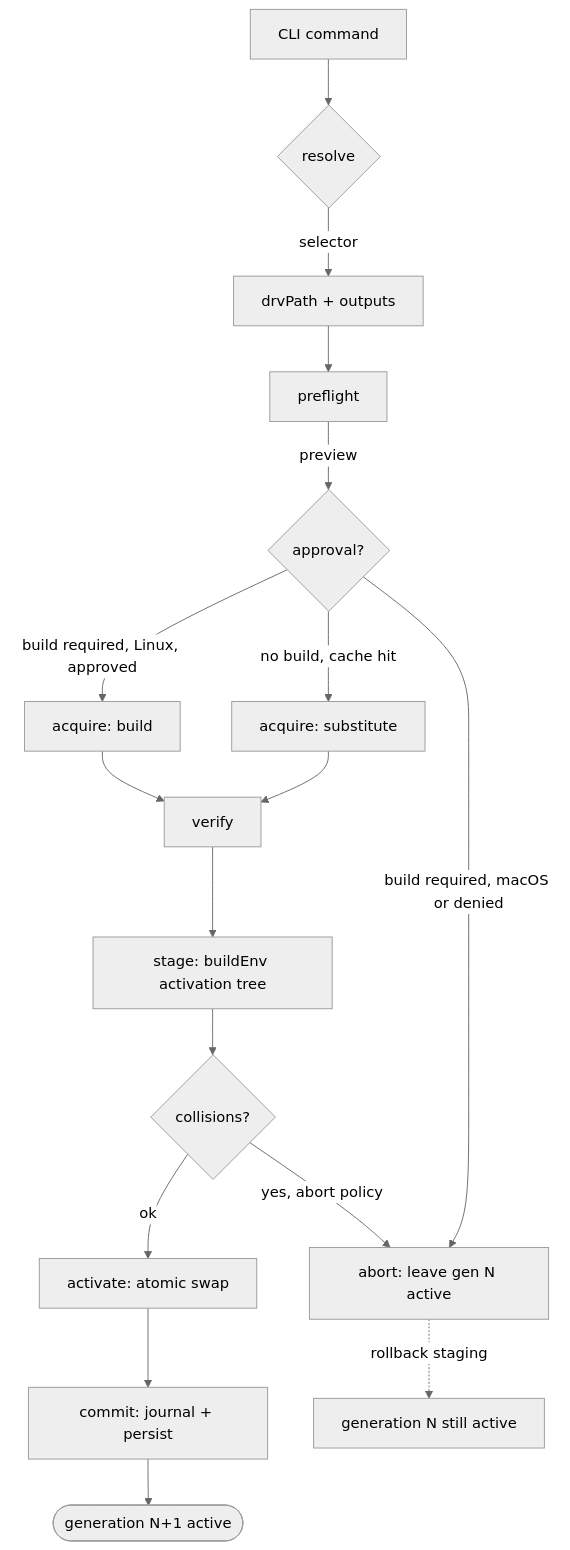
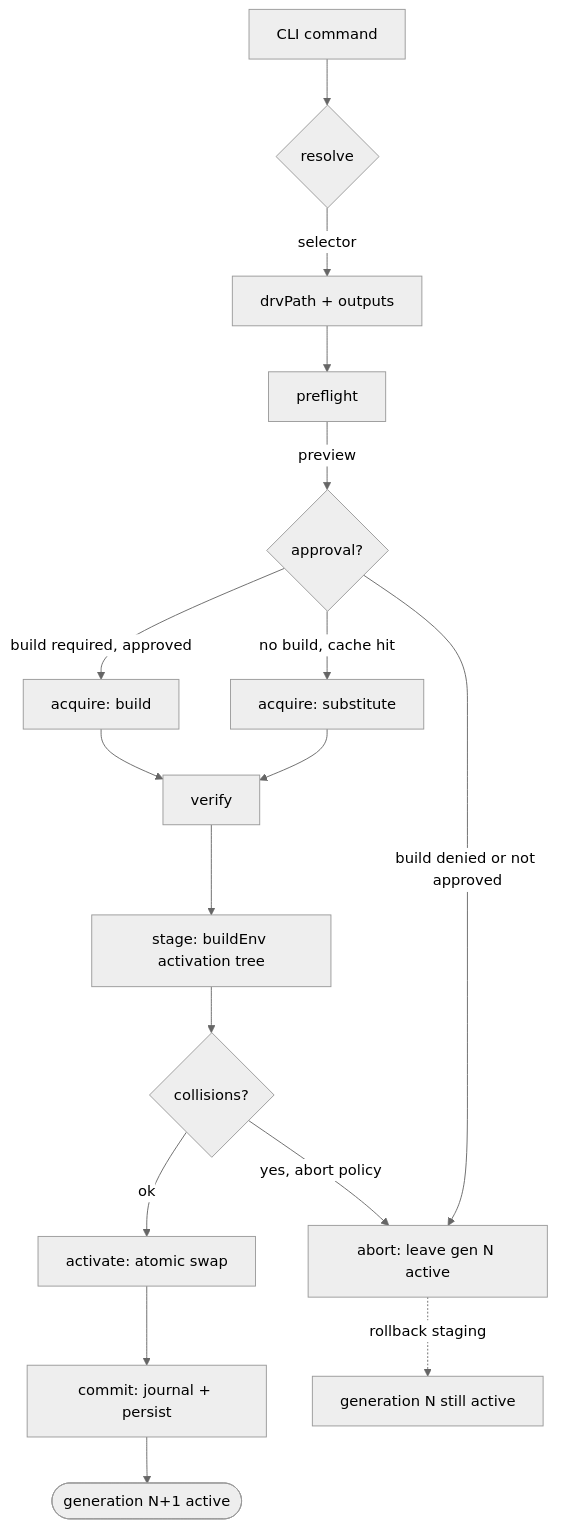
Before and after one commit to spa5k/pkg: the first of 2 diagrams in plans/04-resolution-install-build.md, drawn with Mermaid (neutral theme). The commit also changed other lines of this file and 17 other files, not shown here.

````diff
--- a/plans/04-resolution-install-build.md
+++ b/plans/04-resolution-install-build.md
@@ -121,19 +123,19 @@
 ```mermaid
 flowchart TD
     A[CLI command] --> R{resolve}
     R -->|selector| RV[drvPath + outputs]
     RV --> P[preflight]
     P -->|preview| APP{approval?}
     APP -->|no build, cache hit| AC[acquire: substitute]
-    APP -->|build required, Linux, approved| AB[acquire: build]
-    APP -->|build required, macOS or denied| FAIL[abort: leave gen N active]
+    APP -->|build required, approved| AB[acquire: build]
+    APP -->|build denied or not approved| FAIL[abort: leave gen N active]
     AC --> V[verify]
     AB --> V
     V --> S[stage: buildEnv activation tree]
     S --> SX{collisions?}
     SX -->|yes, abort policy| FAIL
     SX -->|ok| A2[activate: atomic swap]
     A2 --> C[commit: journal + persist]
     C --> DONE([generation N+1 active])
     FAIL -.rollback staging.-> PREV[generation N still active]
 ```
````
